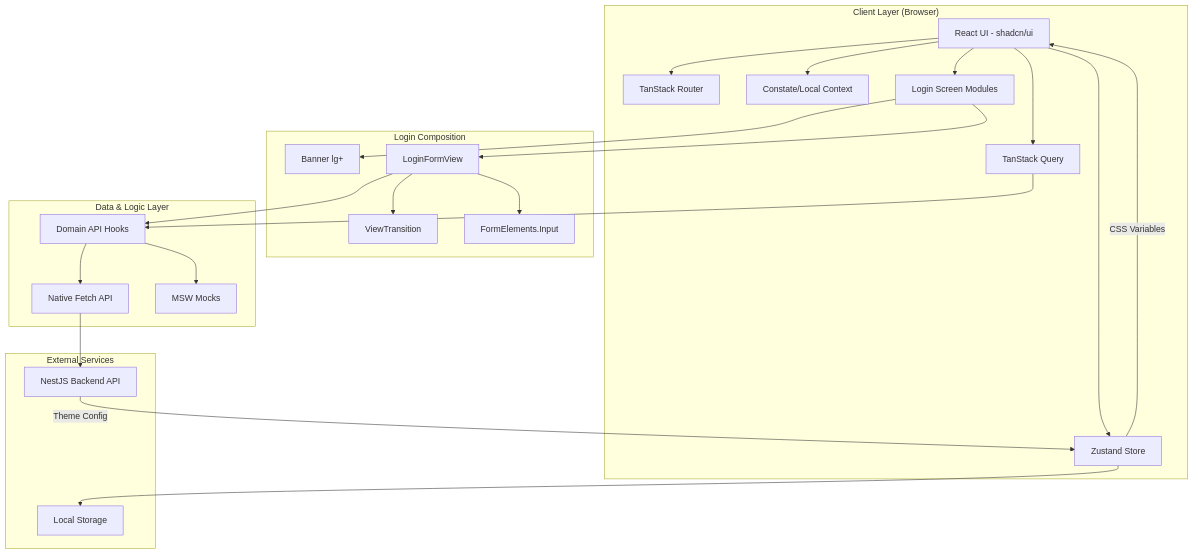
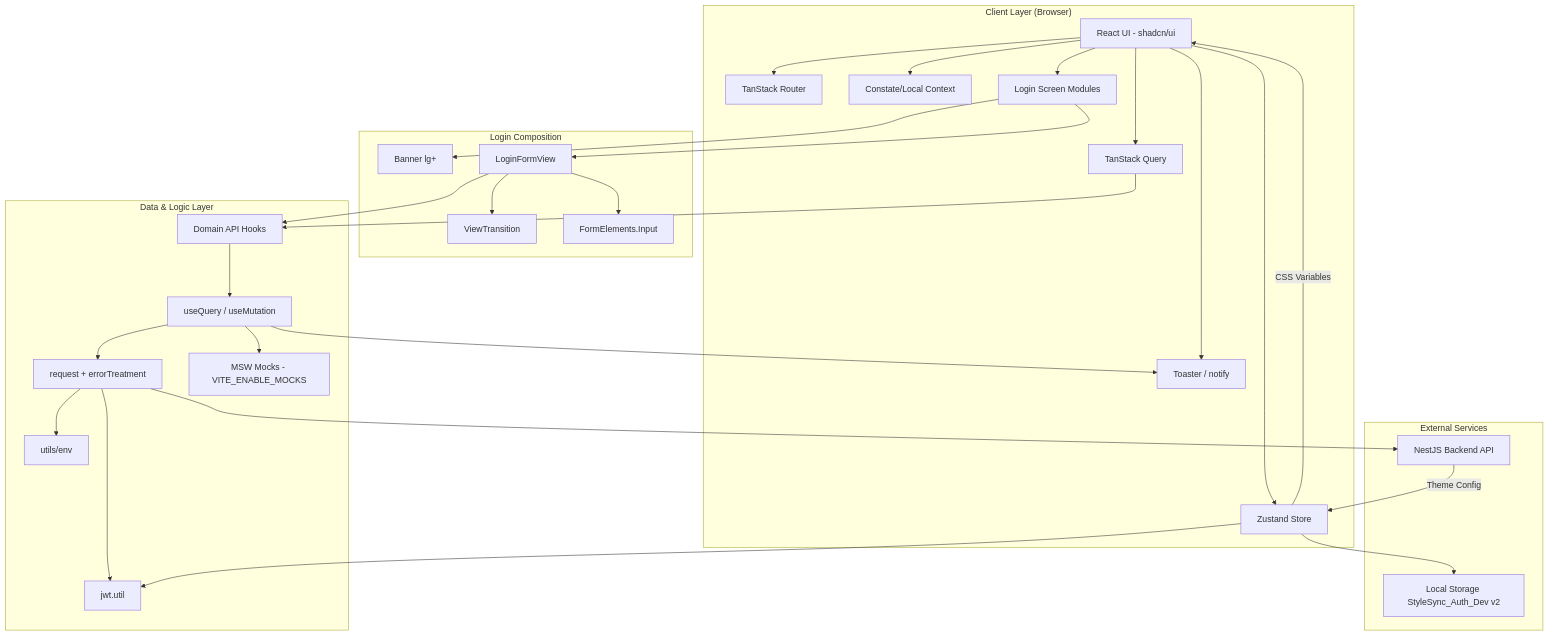
Before and after one commit to rimancete/style-sync: the diagram in docs/frontend/architecture.mermaid, drawn with Mermaid. The commit also changed 56 other files, not shown here.

First line of the commit message:
feat(client): align API transport and session with the NestJS auth contract

```diff
--- a/docs/frontend/architecture.mermaid
+++ b/docs/frontend/architecture.mermaid
@@ -1,53 +1,59 @@
 graph TD
     subgraph "Client Layer (Browser)"
         UI[React UI - shadcn/ui]
         Router[TanStack Router]
         Store[Zustand Store]
         Context[Constate/Local Context]
         Query[TanStack Query]
         Login[Login Screen Modules]
+        Toaster[Toaster / notify]
     end
 
     subgraph "Login Composition"
         Banner[Banner lg+]
         FormView[LoginFormView]
         ViewTransition[ViewTransition]
         FormElements[FormElements.Input]
     end
 
     subgraph "Data & Logic Layer"
         API[Domain API Hooks]
-        Fetch[Native Fetch API]
-        Mocks[MSW Mocks]
+        Facades[useQuery / useMutation]
+        Request[request + errorTreatment]
+        Env[utils/env]
+        Jwt[jwt.util]
+        Mocks[MSW Mocks - VITE_ENABLE_MOCKS]
     end
 
     subgraph "External Services"
         Backend[NestJS Backend API]
-        Storage[Local Storage]
+        Storage[Local Storage StyleSync_Auth_Dev v2]
     end
 
-    %% UI interactions
     UI --> Router
     UI --> Store
     UI --> Context
     UI --> Query
     UI --> Login
+    UI --> Toaster
 
     Login --> Banner
     Login --> FormView
     FormView --> ViewTransition
     FormView --> FormElements
 
-    %% Data flow
     Query --> API
-    API --> Fetch
-    API --> Mocks
+    API --> Facades
+    Facades --> Request
+    Facades --> Mocks
+    Request --> Env
+    Request --> Jwt
     FormView --> API
+    Facades --> Toaster
 
-    %% External communication
-    Fetch --> Backend
+    Request --> Backend
     Store --> Storage
-    
-    %% Multi-tenant config
+    Store --> Jwt
+
     Backend -->|Theme Config| Store
     Store -->|CSS Variables| UI
```
